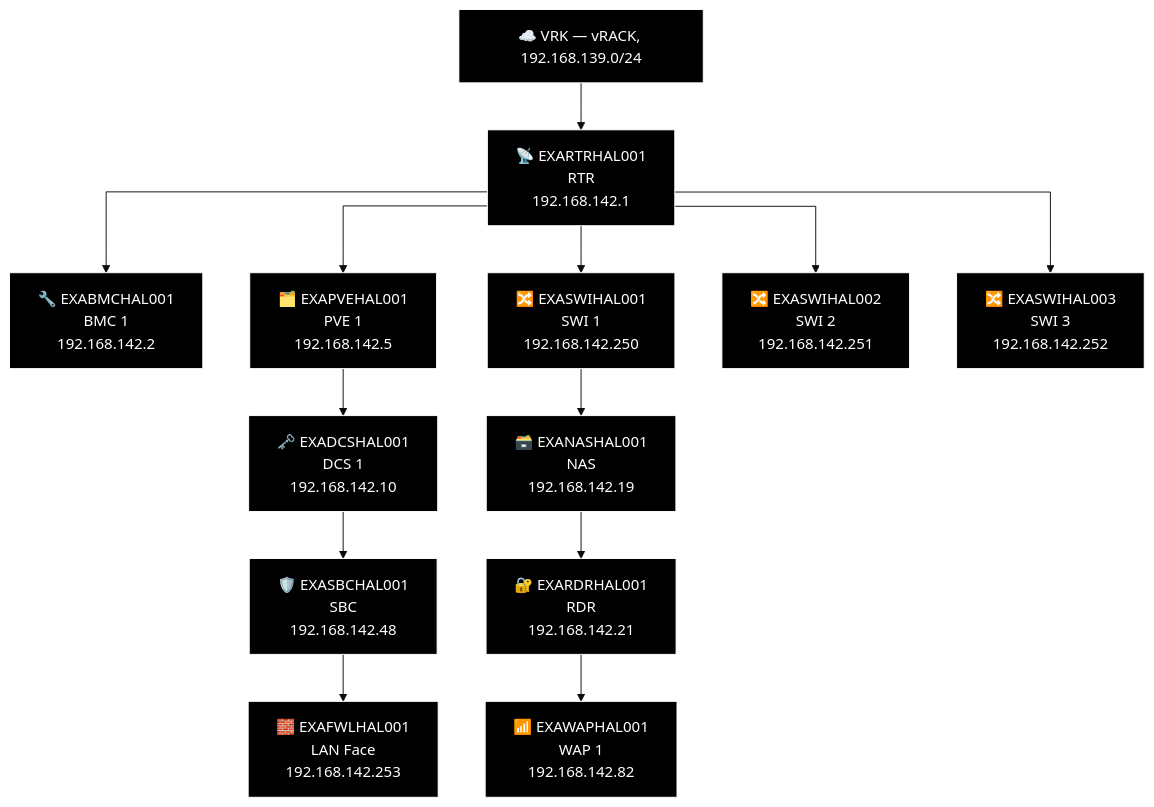
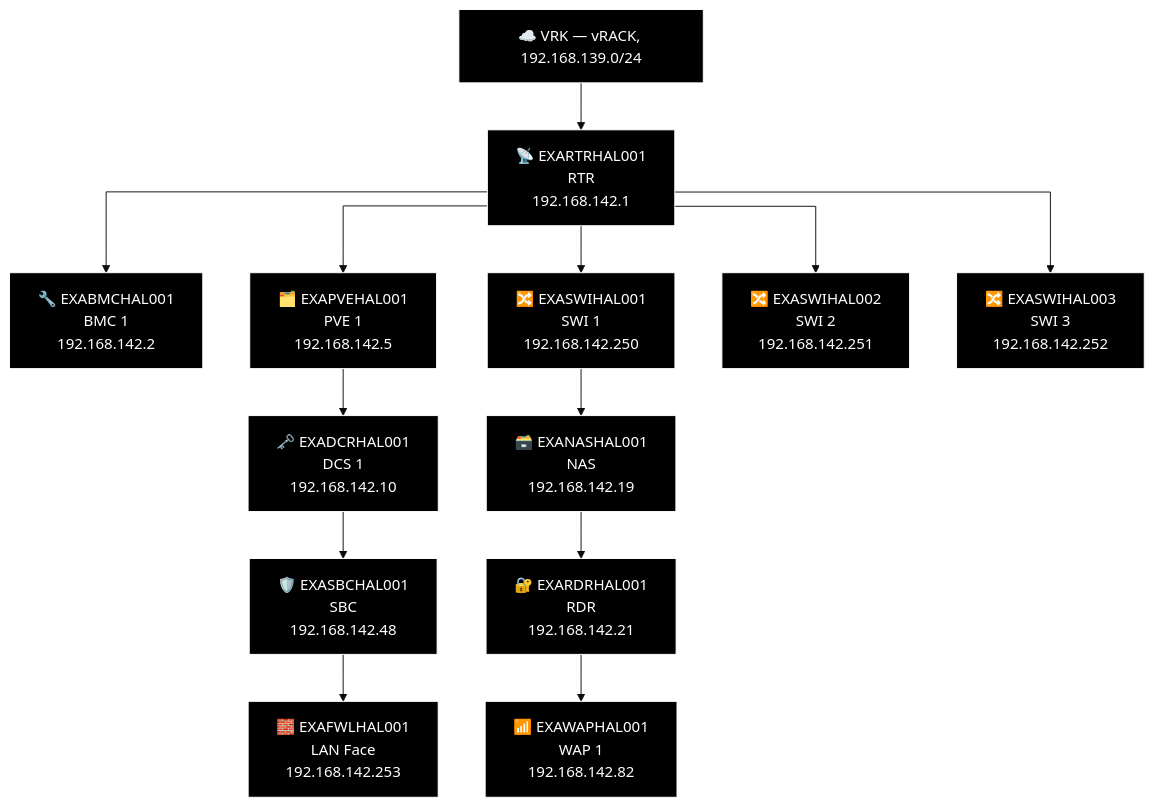
Before and after one commit to knightmare2600/example_music_infra: diagram 21 of 27 in docs/network-diagram/england.md, drawn with Mermaid (base theme). The commit also changed other lines of this file and 8 other files, not shown here.

````diff
--- a/docs/network-diagram/england.md
+++ b/docs/network-diagram/england.md
@@ -992,40 +977,40 @@
 ```mermaid
 %% GENERATED:TOPOLOGY:HAL:START
 %%{init: {'flowchart': {'curve': 'stepAfter'}}}%%
 graph TD
     T_VRK["☁️ VRK — vRACK, 192.168.139.0/24"]
     T_RTR["📡 EXARTRHAL001<br/>RTR<br/>192.168.142.1"]
     T_VRK --> T_RTR
     T_BMC["🔧 EXABMCHAL001<br/>BMC 1<br/>192.168.142.2"]
     T_RTR --> T_BMC
     T_PVE["🗂️ EXAPVEHAL001<br/>PVE 1<br/>192.168.142.5"]
     T_RTR --> T_PVE
     T_SWI["🔀 EXASWIHAL001<br/>SWI 1<br/>192.168.142.250"]
     T_RTR --> T_SWI
     T_SWI2["🔀 EXASWIHAL002<br/>SWI 2<br/>192.168.142.251"]
     T_RTR --> T_SWI2
     T_SWI3["🔀 EXASWIHAL003<br/>SWI 3<br/>192.168.142.252"]
     T_RTR --> T_SWI3
     T_NAS["🗃️ EXANASHAL001<br/>NAS<br/>192.168.142.19"]
     T_RDR["🔐 EXARDRHAL001<br/>RDR<br/>192.168.142.21"]
     T_WAP["📶 EXAWAPHAL001<br/>WAP 1<br/>192.168.142.82"]
     T_SWI --> T_NAS --> T_RDR --> T_WAP
-    T_DCS["🗝️ EXADCSHAL001<br/>DCS 1<br/>192.168.142.10"]
+    T_DCS["🗝️ EXADCRHAL001<br/>DCS 1<br/>192.168.142.10"]
     T_SBC["🛡️ EXASBCHAL001<br/>SBC<br/>192.168.142.48"]
     T_FWL["🧱 EXAFWLHAL001<br/>LAN Face<br/>192.168.142.253"]
     T_PVE --> T_DCS --> T_SBC --> T_FWL
     style T_VRK fill:#000000,stroke:#FFFFFF,color:#FFFFFF
     style T_RTR fill:#000000,stroke:#FFFFFF,color:#FFFFFF
     style T_BMC fill:#000000,stroke:#FFFFFF,color:#FFFFFF
     style T_PVE fill:#000000,stroke:#FFFFFF,color:#FFFFFF
     style T_SWI fill:#000000,stroke:#FFFFFF,color:#FFFFFF
     style T_SWI2 fill:#000000,stroke:#FFFFFF,color:#FFFFFF
     style T_SWI3 fill:#000000,stroke:#FFFFFF,color:#FFFFFF
     style T_NAS fill:#000000,stroke:#FFFFFF,color:#FFFFFF
     style T_RDR fill:#000000,stroke:#FFFFFF,color:#FFFFFF
     style T_WAP fill:#000000,stroke:#FFFFFF,color:#FFFFFF
     style T_DCS fill:#000000,stroke:#FFFFFF,color:#FFFFFF
     style T_SBC fill:#000000,stroke:#FFFFFF,color:#FFFFFF
     style T_FWL fill:#000000,stroke:#FFFFFF,color:#FFFFFF
 %% GENERATED:TOPOLOGY:HAL:END
 ```
````
